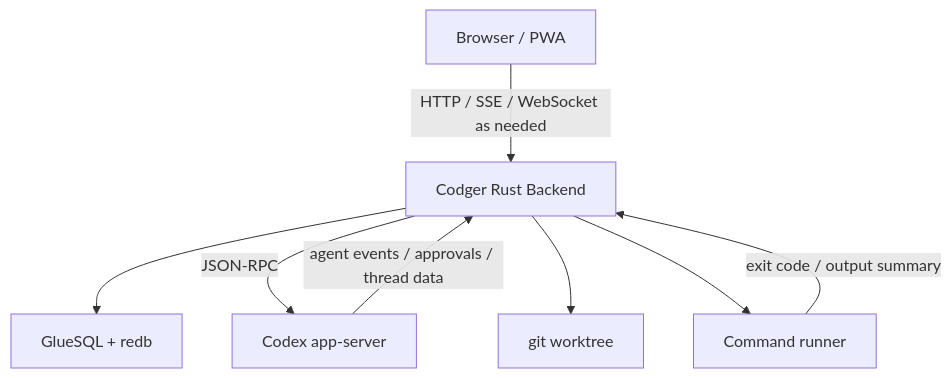
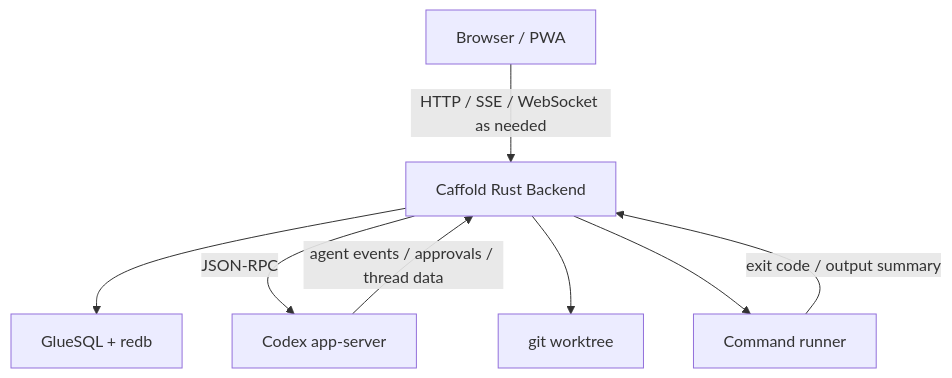
The diagram in docs/public/architecture.md (panarch/caffold), drawn with Mermaid before and after one commit. The commit also changed other lines of this file and 66 other files, not shown here.

First line of the commit message:
Rename Codger to Caffold

````diff
--- a/docs/public/architecture.md
+++ b/docs/public/architecture.md
@@ -9,17 +9,17 @@
 ```mermaid
 flowchart TD
     PWA["Browser / PWA"]
-    Backend["Codger Rust Backend"]
+    Backend["Caffold Rust Backend"]
     DB["GlueSQL + redb"]
     AppServer["Codex app-server"]
     Git["git worktree"]
     Commands["Command runner"]
 
     PWA -->|"HTTP / SSE / WebSocket as needed"| Backend
     Backend --> DB
     Backend -->|"JSON-RPC"| AppServer
     Backend --> Git
     Backend --> Commands
     AppServer -->|"agent events / approvals / thread data"| Backend
     Commands -->|"exit code / output summary"| Backend
 ```
````
